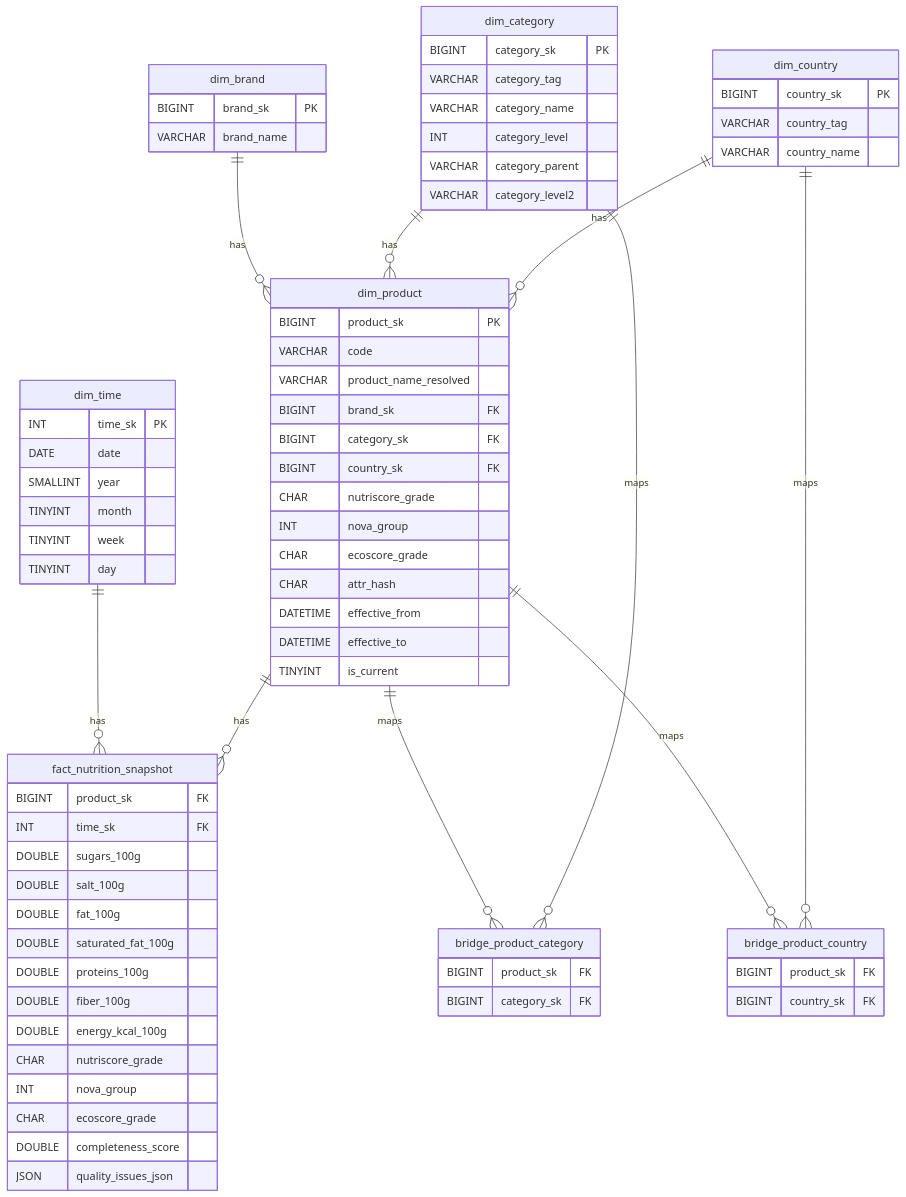
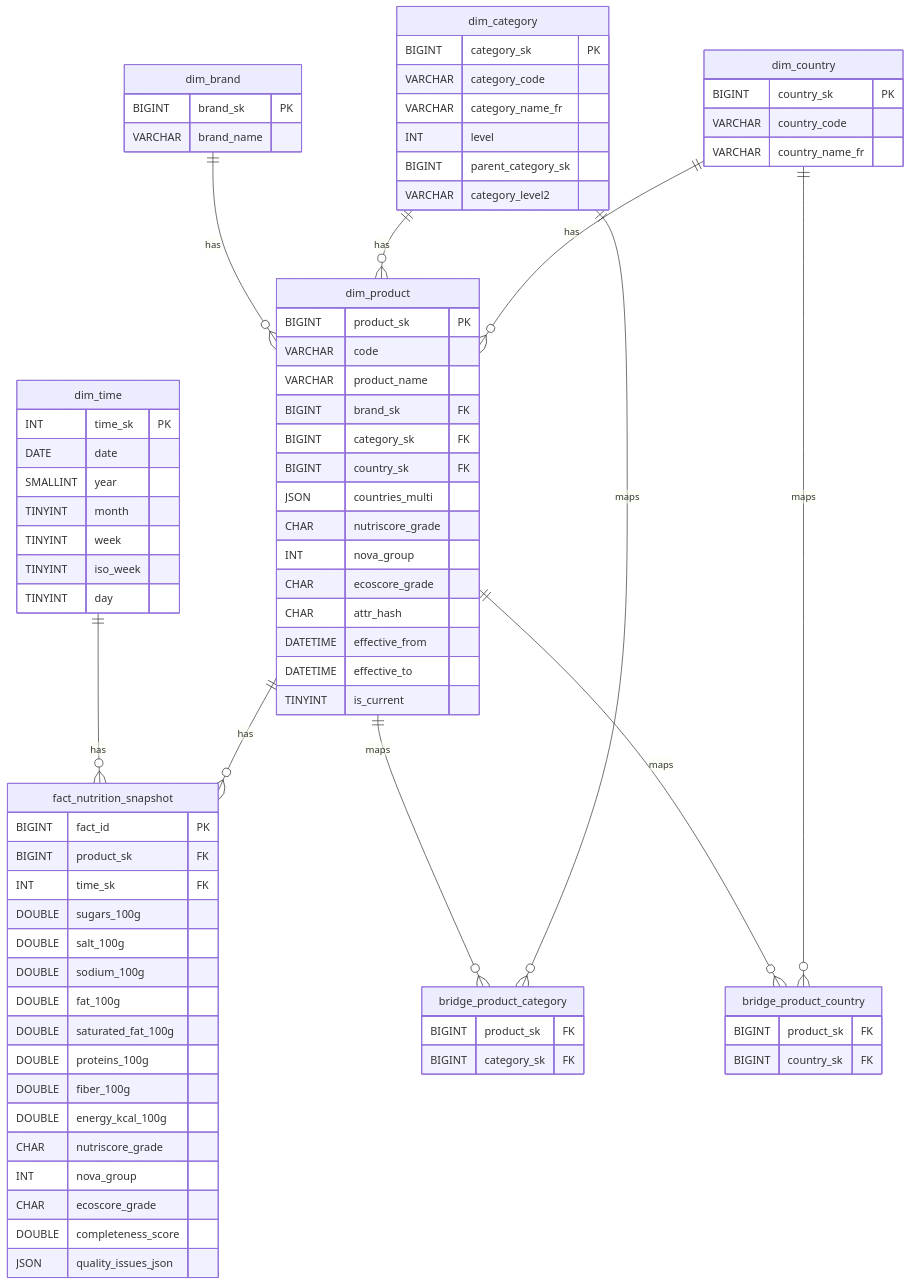
Before and after one commit to jesuisleyanis/tp: the diagram in docs/schemas/schema.mmd, drawn with Mermaid. The commit also changed 7 other files, not shown here.

```diff
--- a/docs/schemas/schema.mmd
+++ b/docs/schemas/schema.mmd
@@ -1,74 +1,78 @@
 erDiagram
   dim_brand {
     BIGINT brand_sk PK
     VARCHAR brand_name
   }
   dim_category {
     BIGINT category_sk PK
-    VARCHAR category_tag
-    VARCHAR category_name
-    INT category_level
-    VARCHAR category_parent
+    VARCHAR category_code
+    VARCHAR category_name_fr
+    INT level
+    BIGINT parent_category_sk
     VARCHAR category_level2
   }
   dim_country {
     BIGINT country_sk PK
-    VARCHAR country_tag
-    VARCHAR country_name
+    VARCHAR country_code
+    VARCHAR country_name_fr
   }
   dim_time {
     INT time_sk PK
     DATE date
     SMALLINT year
     TINYINT month
     TINYINT week
+    TINYINT iso_week
     TINYINT day
   }
   dim_product {
     BIGINT product_sk PK
     VARCHAR code
-    VARCHAR product_name_resolved
+    VARCHAR product_name
     BIGINT brand_sk FK
     BIGINT category_sk FK
     BIGINT country_sk FK
+    JSON countries_multi
     CHAR nutriscore_grade
     INT nova_group
     CHAR ecoscore_grade
     CHAR attr_hash
     DATETIME effective_from
     DATETIME effective_to
     TINYINT is_current
   }
   bridge_product_category {
     BIGINT product_sk FK
     BIGINT category_sk FK
   }
   bridge_product_country {
     BIGINT product_sk FK
     BIGINT country_sk FK
   }
   fact_nutrition_snapshot {
+    BIGINT fact_id PK
     BIGINT product_sk FK
     INT time_sk FK
     DOUBLE sugars_100g
     DOUBLE salt_100g
+    DOUBLE sodium_100g
     DOUBLE fat_100g
     DOUBLE saturated_fat_100g
     DOUBLE proteins_100g
     DOUBLE fiber_100g
     DOUBLE energy_kcal_100g
     CHAR nutriscore_grade
     INT nova_group
     CHAR ecoscore_grade
     DOUBLE completeness_score
     JSON quality_issues_json
   }
   dim_brand ||--o{ dim_product : has
   dim_category ||--o{ dim_product : has
   dim_country ||--o{ dim_product : has
   dim_time ||--o{ fact_nutrition_snapshot : has
   dim_product ||--o{ fact_nutrition_snapshot : has
   dim_product ||--o{ bridge_product_category : maps
   dim_category ||--o{ bridge_product_category : maps
   dim_product ||--o{ bridge_product_country : maps
   dim_country ||--o{ bridge_product_country : maps
```
